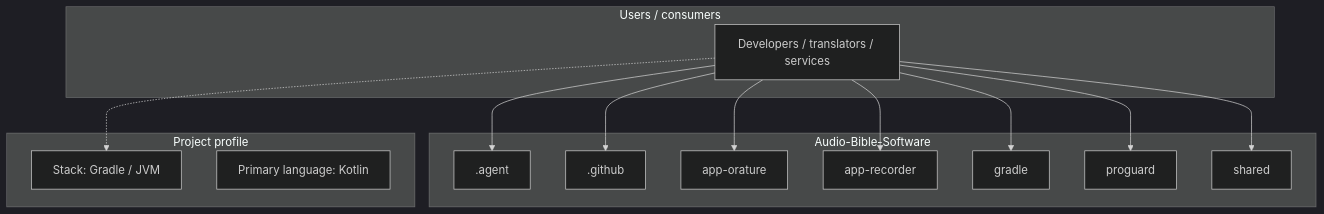
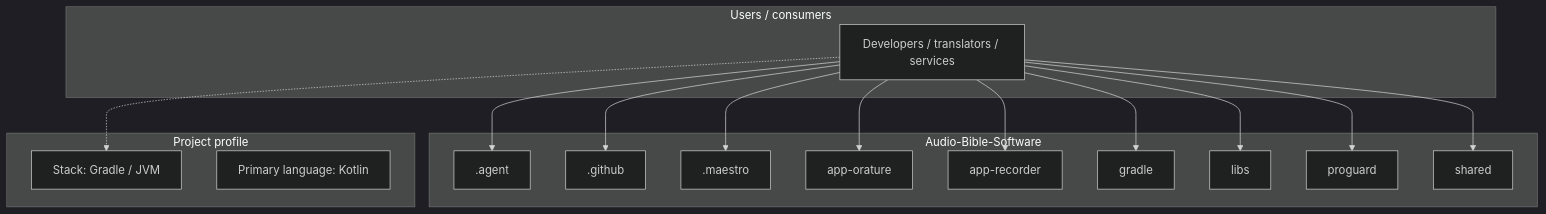
Before and after one commit to AnonymousWalker/project-repos-diagram: the first of 3 diagrams in architecture/Bible-Translation-Tools/Audio-Bible-Software-architecture.md, drawn with Mermaid (dark theme). The commit also changed other lines of this file and 1 other file, not shown here.

Commit message:
chore: refresh architecture diagrams

````diff
--- a/architecture/Bible-Translation-Tools/Audio-Bible-Software-architecture.md
+++ b/architecture/Bible-Translation-Tools/Audio-Bible-Software-architecture.md
@@ -9,30 +9,34 @@
 ```mermaid
 flowchart TB
   subgraph users["Users / consumers"]
     Users["Developers / translators / services"]
   end
 
   subgraph project["Audio-Bible-Software"]
     M0[".agent"]
     M1[".github"]
-    M2["app-orature"]
-    M3["app-recorder"]
-    M4["gradle"]
-    M5["proguard"]
-    M6["shared"]
+    M2[".maestro"]
+    M3["app-orature"]
+    M4["app-recorder"]
+    M5["gradle"]
+    M6["libs"]
+    M7["proguard"]
+    M8["shared"]
   end
 
   subgraph meta["Project profile"]
     Stack["Stack: Gradle / JVM"]
     Lang["Primary language: Kotlin"]
   end
 
   Users --> M0
   Users --> M1
   Users --> M2
   Users --> M3
   Users --> M4
   Users --> M5
   Users --> M6
+  Users --> M7
+  Users --> M8
   Users -.-> Stack
 ```
````
